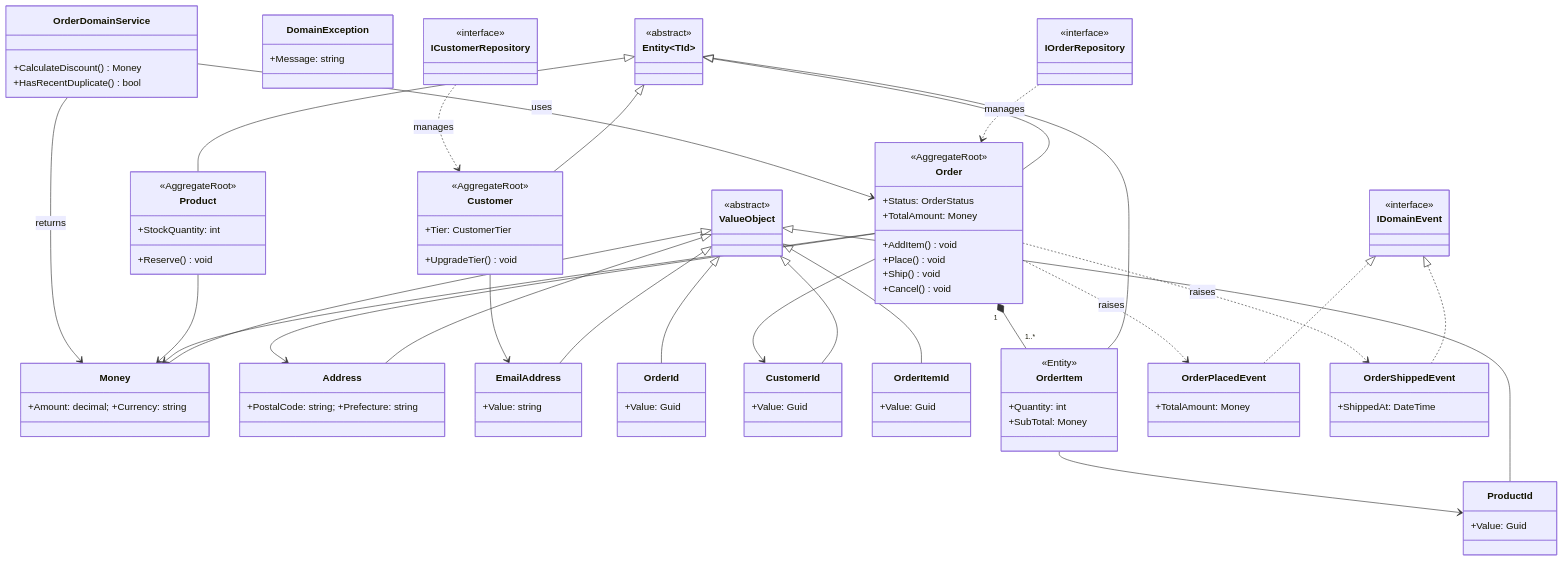
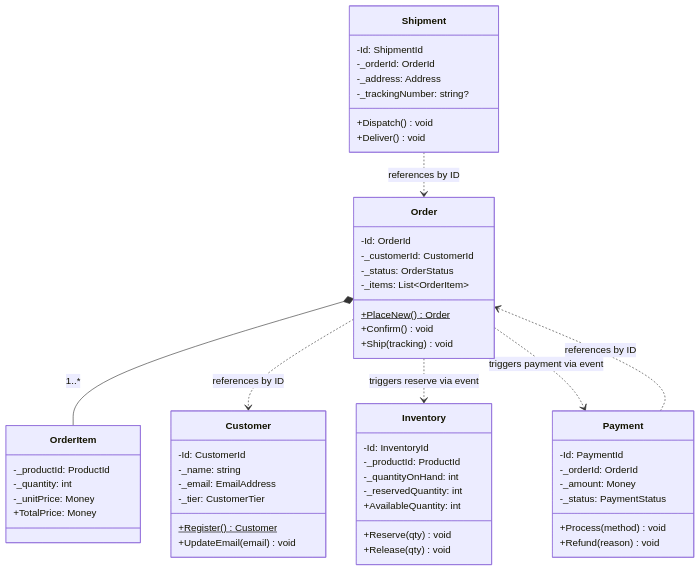
One commit to SakakitaniJunya/zenn-articles changed diagram 13 of 17 in books/ddd-complete-guide/21-class-diagrams.md. Above: the diagram before and after it, drawn with Mermaid. The commit also changed other lines of this file and 26 other files, not shown here.

````diff
--- a/books/ddd-complete-guide/21-class-diagrams.md
+++ b/books/ddd-complete-guide/21-class-diagrams.md
@@ -399,93 +668,69 @@
 ```mermaid
 classDiagram
-    %% 基底
-    class ValueObject { <<abstract>> }
-    class Entity~TId~ { <<abstract>> }
-    class IDomainEvent { <<interface>> }
-    class DomainException { +Message: string }
-
-    %% Value Objects
-    class Money { +Amount: decimal; +Currency: string }
-    class Address { +PostalCode: string; +Prefecture: string }
-    class EmailAddress { +Value: string }
-    class OrderId { +Value: Guid }
-    class CustomerId { +Value: Guid }
-    class ProductId { +Value: Guid }
-    class OrderItemId { +Value: Guid }
-
-    %% Aggregates
+    %% OrderContext
     class Order {
-        <<AggregateRoot>>
-        +Status: OrderStatus
-        +TotalAmount: Money
-        +AddItem() void
-        +Place() void
-        +Ship() void
-        +Cancel() void
-    }
-    class OrderItem {
-        <<Entity>>
-        +Quantity: int
-        +SubTotal: Money
-    }
-    class Customer {
-        <<AggregateRoot>>
-        +Tier: CustomerTier
-        +UpgradeTier() void
-    }
-    class Product {
-        <<AggregateRoot>>
-        +StockQuantity: int
-        +Reserve() void
+        -Id: OrderId
+        -_customerId: CustomerId
+        -_status: OrderStatus
+        -_items: List~OrderItem~
+        +PlaceNew()$ Order
+        +Confirm() void
+        +Ship(tracking) void
     }
 
-    %% Events
-    class OrderPlacedEvent { +TotalAmount: Money }
-    class OrderShippedEvent { +ShippedAt: DateTime }
-
-    %% Repositories (Interfaces)
-    class IOrderRepository { <<interface>> }
-    class ICustomerRepository { <<interface>> }
-
-    %% Domain Service
-    class OrderDomainService {
-        +CalculateDiscount() Money
-        +HasRecentDuplicate() bool
+    class OrderItem {
+        -_productId: ProductId
+        -_quantity: int
+        -_unitPrice: Money
+        +TotalPrice: Money
     }
 
-    %% 継承
-    ValueObject <|-- Money
-    ValueObject <|-- Address
-    ValueObject <|-- EmailAddress
-    ValueObject <|-- OrderId
-    ValueObject <|-- CustomerId
-    ValueObject <|-- ProductId
-    ValueObject <|-- OrderItemId
-    Entity~TId~ <|-- Order
-    Entity~TId~ <|-- OrderItem
-    Entity~TId~ <|-- Customer
-    Entity~TId~ <|-- Product
-    IDomainEvent <|.. OrderPlacedEvent
-    IDomainEvent <|.. OrderShippedEvent
+    %% CustomerContext（参照のみ）
+    class Customer {
+        -Id: CustomerId
+        -_name: string
+        -_email: EmailAddress
+        -_tier: CustomerTier
+        +Register()$ Customer
+        +UpdateEmail(email) void
+    }
 
-    %% Aggregate 関係
-    Order "1" *-- "1..*" OrderItem
-    Order --> CustomerId
-    OrderItem --> ProductId
-    Order --> Address
-    Order --> Money
-    Customer --> EmailAddress
-    Product --> Money
+    %% InventoryContext
+    class Inventory {
+        -Id: InventoryId
+        -_productId: ProductId
+        -_quantityOnHand: int
+        -_reservedQuantity: int
+        +Reserve(qty) void
+        +Release(qty) void
+        +AvailableQuantity: int
+    }
 
-    %% Domain Event 発行
-    Order ..> OrderPlacedEvent : raises
-    Order ..> OrderShippedEvent : raises
+    %% PaymentContext
+    class Payment {
+        -Id: PaymentId
+        -_orderId: OrderId
+        -_amount: Money
+        -_status: PaymentStatus
+        +Process(method) void
+        +Refund(reason) void
+    }
 
-    %% Repository
-    IOrderRepository ..> Order : manages
-    ICustomerRepository ..> Customer : manages
+    %% ShippingContext
+    class Shipment {
+        -Id: ShipmentId
+        -_orderId: OrderId
+        -_address: Address
+        -_trackingNumber: string?
+        +Dispatch() void
+        +Deliver() void
+    }
 
-    %% Domain Service
-    OrderDomainService --> Order : uses
-    OrderDomainService --> Money : returns
+    %% 関係（Bounded Context 間は Integration Event で繋ぐ）
+    Order *-- OrderItem : 1..*
+    Order ..> Customer : references by ID
+    Order ..> Inventory : triggers reserve via event
+    Order ..> Payment : triggers payment via event
+    Payment ..> Order : references by ID
+    Shipment ..> Order : references by ID
 ```
````
